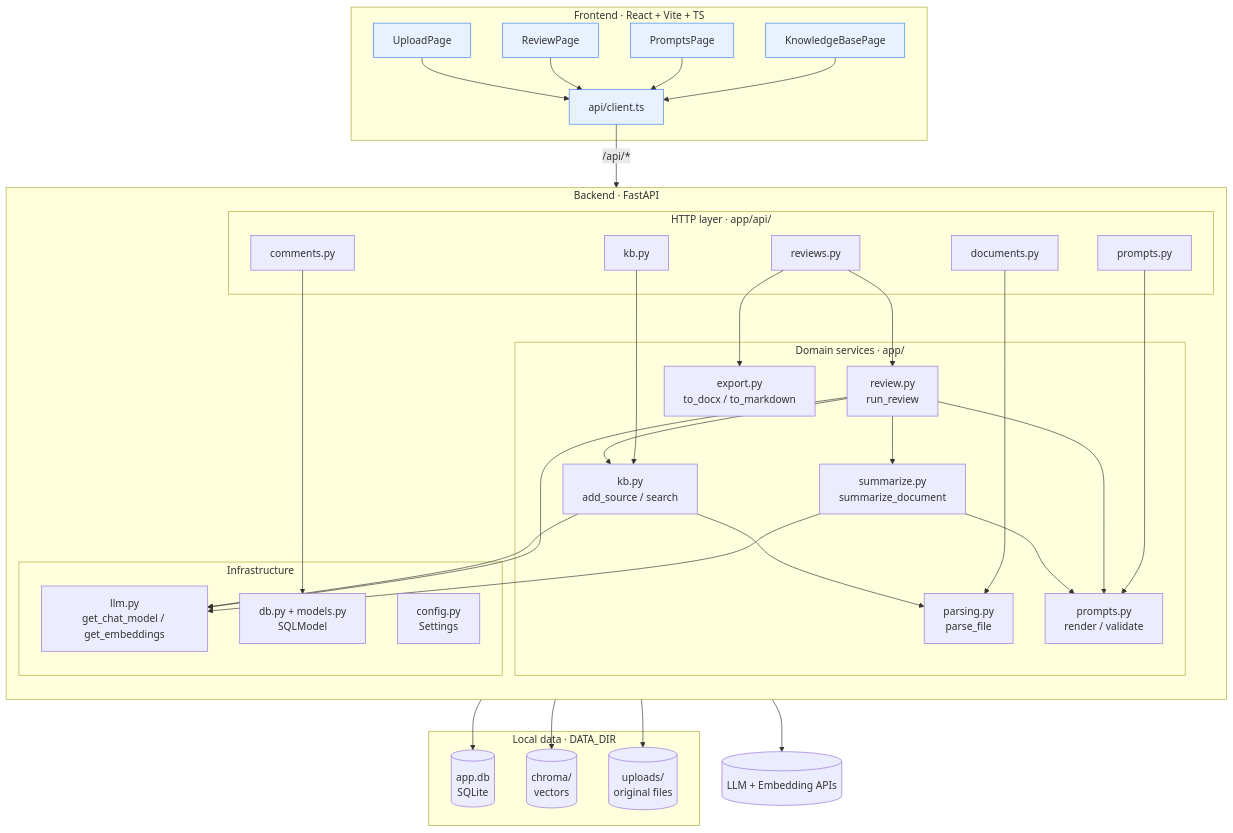
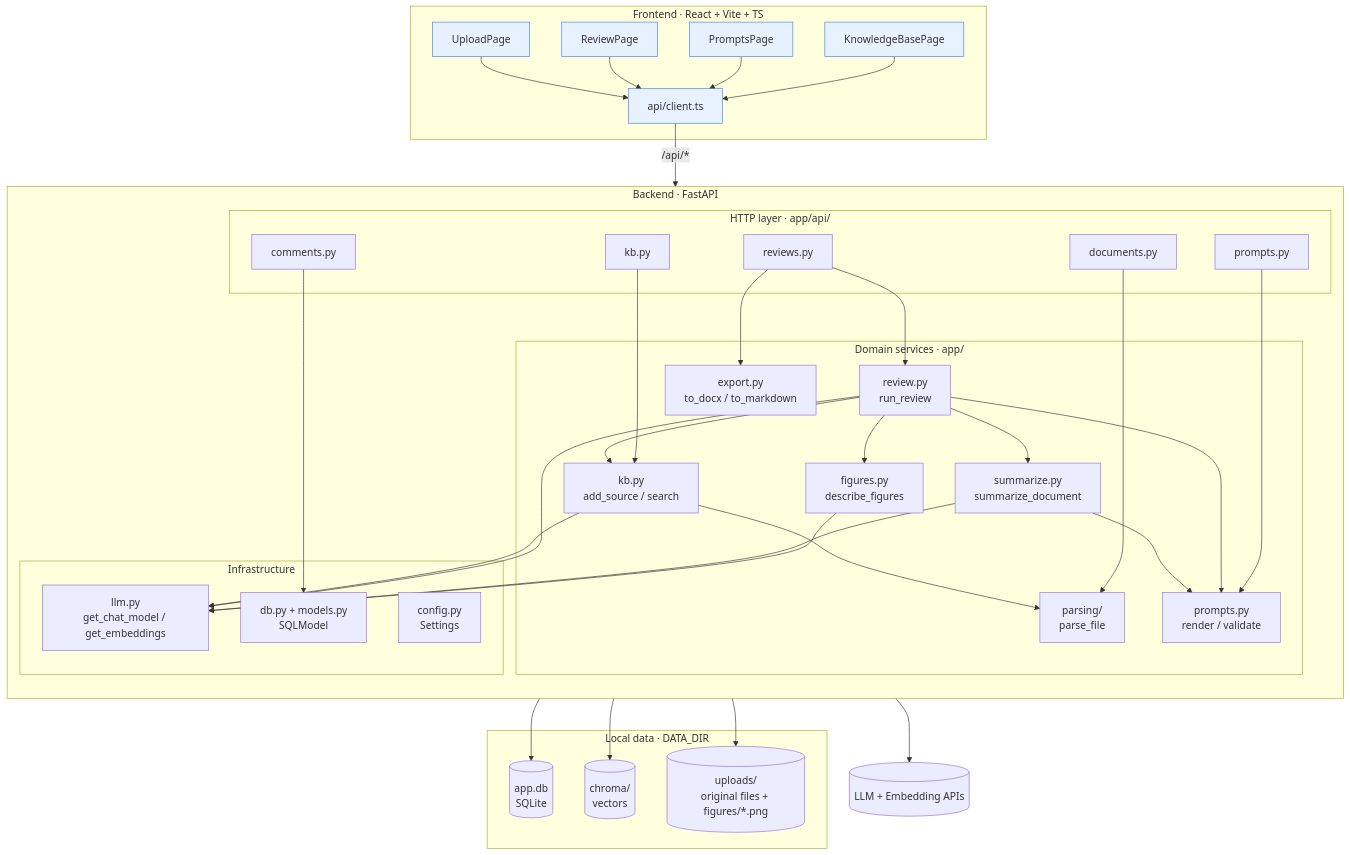
The second of 9 diagrams in architecture.md (hamza-prof/industry-mentor-llm-agent), drawn with Mermaid before and after one commit. The commit also changed other lines of this file and 22 other files, not shown here.

First line of the commit message:
Phase 1: document parsing, figures and upload API

```diff
--- a/architecture.md
+++ b/architecture.md
@@ -49,12 +51,13 @@
             A5[kb.py]
         end
         subgraph SVC["Domain services · app/"]
-            S1[parsing.py<br/>parse_file]
+            S1[parsing/<br/>parse_file]
             S2[summarize.py<br/>summarize_document]
             S3[review.py<br/>run_review]
             S4[kb.py<br/>add_source / search]
             S5[prompts.py<br/>render / validate]
             S6[export.py<br/>to_docx / to_markdown]
+            S7[figures.py<br/>describe_figures]
         end
         subgraph INFRA["Infrastructure"]
             I1[llm.py<br/>get_chat_model / get_embeddings]
@@ -66,7 +69,7 @@
     subgraph STORE["Local data · DATA_DIR"]
         D1[(app.db<br/>SQLite)]
         D2[(chroma/<br/>vectors)]
-        D3[(uploads/<br/>original files)]
+        D3[(uploads/<br/>original files + figures/*.png)]
     end
 
     EXT[(LLM + Embedding APIs)]
@@ -78,6 +81,8 @@
     A3 --> I2
     A4 --> S5
     A5 --> S4
+    S3 --> S7
+    S7 --> I1
     S3 --> S2
     S3 --> S4
     S3 --> S5
@@ -97,12 +102,13 @@
     click A3 "backend/app/api/comments.py" "Mentor edits comments"
     click A4 "backend/app/api/prompts.py" "Prompt CRUD"
     click A5 "backend/app/api/kb.py" "Knowledge base CRUD"
-    click S1 "backend/app/parsing.py"
+    click S1 "backend/app/parsing/__init__.py"
     click S2 "backend/app/summarize.py"
     click S3 "backend/app/review.py"
     click S4 "backend/app/kb.py"
     click S5 "backend/app/prompts.py"
     click S6 "backend/app/export.py"
+    click S7 "backend/app/figures.py"
     click I1 "backend/app/llm.py"
     click I2 "backend/app/models.py"
     click I3 "backend/app/config.py"
```
